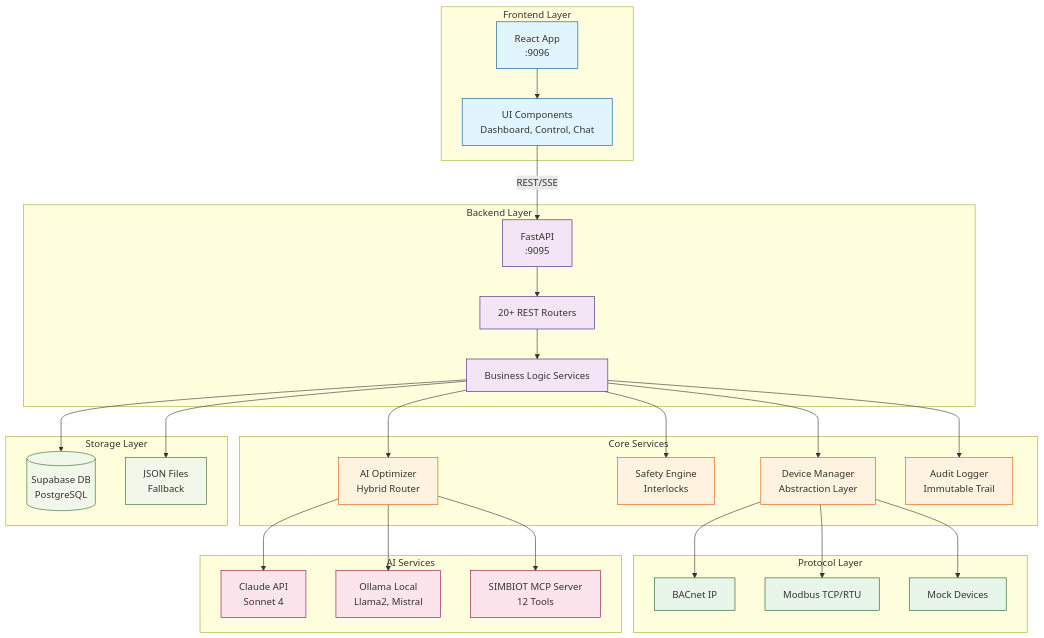
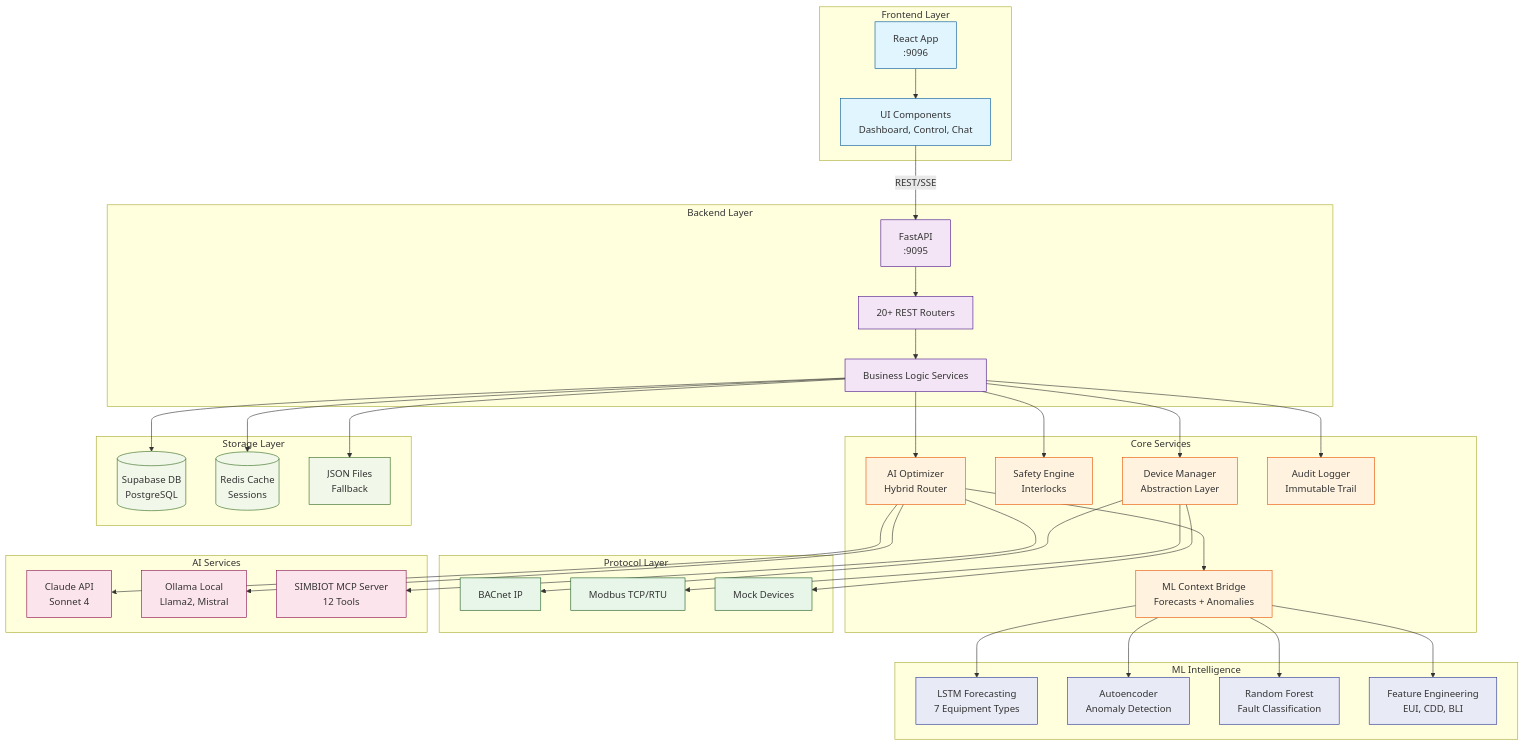
One commit to Bederf/sentinel-ai changed the first of 5 diagrams in docs/02-architecture/system-overview.md. Above: the diagram before and after it, drawn with Mermaid. The commit also changed other lines of this file and 236 other files, not shown here.

First line of the commit message:
feat(v31-v33): lighting intelligence, ML context bridge, equipment metadata & AEGIS gating

````diff
--- a/docs/02-architecture/system-overview.md
+++ b/docs/02-architecture/system-overview.md
@@ -48,6 +48,7 @@
         SafetyEngine[Safety Engine<br/>Interlocks]
         AIOptimizer[AI Optimizer<br/>Hybrid Router]
         AuditLogger[Audit Logger<br/>Immutable Trail]
+        MLContext[ML Context Bridge<br/>Forecasts + Anomalies]
     end
 
     subgraph Protocols["Protocol Layer"]
@@ -62,8 +63,16 @@
         MCP[SIMBIOT MCP Server<br/>12 Tools]
     end
 
+    subgraph ML["ML Intelligence"]
+        LSTM[LSTM Forecasting<br/>7 Equipment Types]
+        Anomaly[Autoencoder<br/>Anomaly Detection]
+        Classifier[Random Forest<br/>Fault Classification]
+        FeatureEng[Feature Engineering<br/>EUI, CDD, BLI]
+    end
+
     subgraph Storage["Storage Layer"]
         Supabase[(Supabase DB<br/>PostgreSQL)]
+        Redis[(Redis Cache<br/>Sessions)]
         JSON[JSON Files<br/>Fallback]
     end
 
@@ -83,8 +92,14 @@
     AIOptimizer --> Claude
     AIOptimizer --> Ollama
     AIOptimizer --> MCP
+    MLContext --> LSTM
+    MLContext --> Anomaly
+    MLContext --> Classifier
+    MLContext --> FeatureEng
+    AIOptimizer --> MLContext
 
     Services --> Supabase
+    Services --> Redis
     Services --> JSON
 
     classDef frontend fill:#e1f5fe,stroke:#01579b
@@ -96,8 +111,11 @@
 
     class ReactApp,Components frontend
     class FastAPI,Routers,Services backend
-    class DeviceMgr,SafetyEngine,AIOptimizer,AuditLogger core
+    classDef ml fill:#e8eaf6,stroke:#283593
+
+    class DeviceMgr,SafetyEngine,AIOptimizer,AuditLogger,MLContext core
     class BACnet,Modbus,Mock protocol
     class Claude,Ollama,MCP ai
-    class Supabase,JSON storage
+    class LSTM,Anomaly,Classifier,FeatureEng ml
+    class Supabase,Redis,JSON storage
 ```
````
